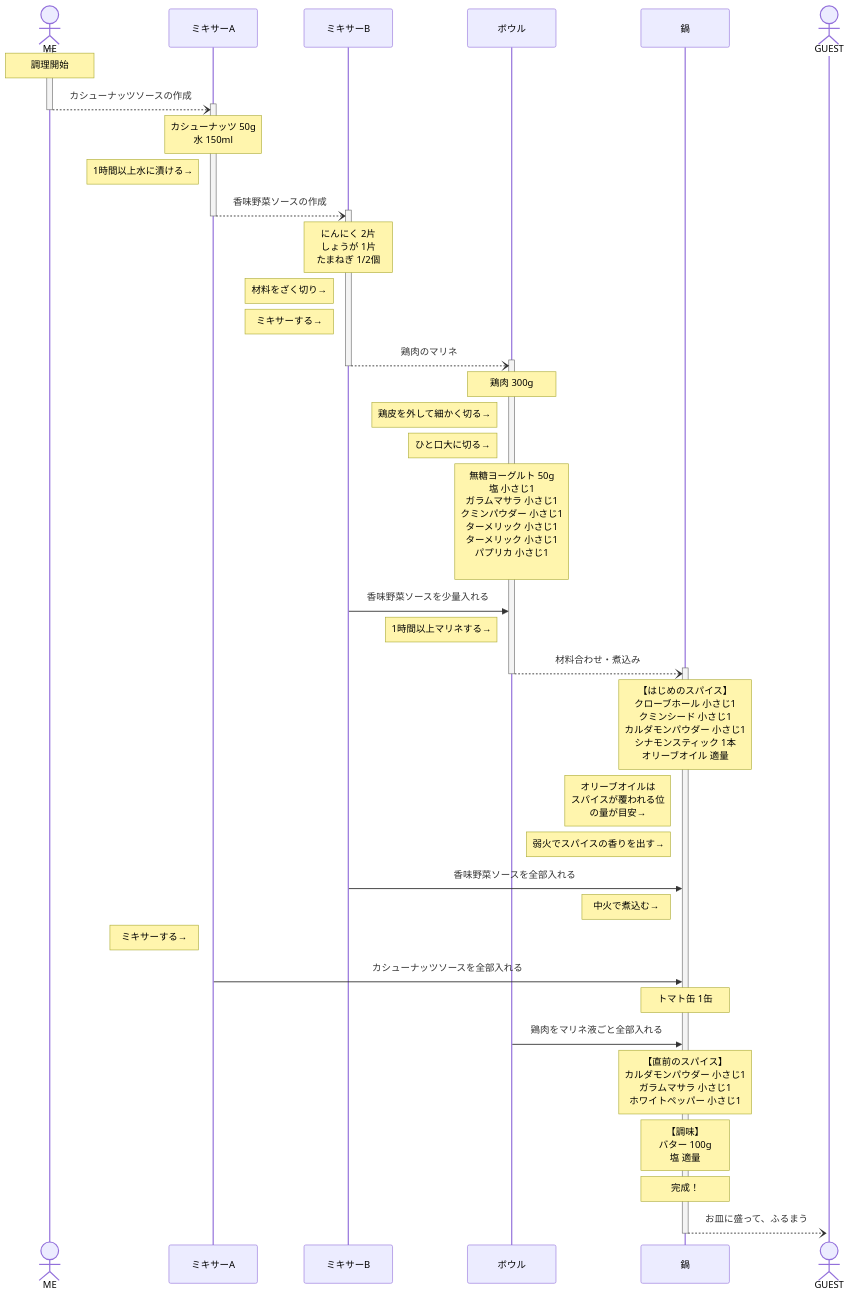
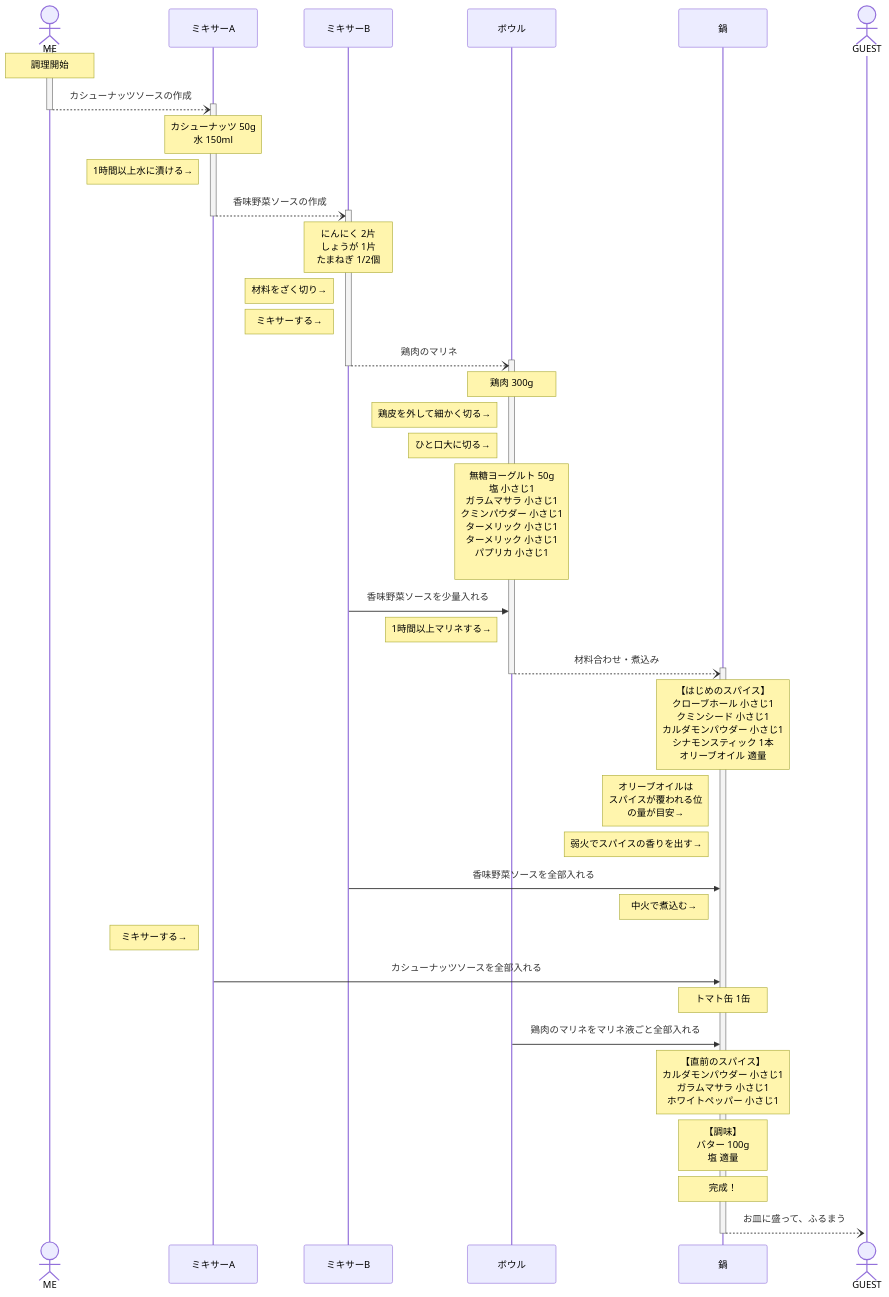
One commit to mittasoon/myrecipes changed the diagram in バターチキンカレー.md. Above: the diagram before and after it, drawn with Mermaid.

Commit message:
用語をちょっと修正

````diff
--- a/バターチキンカレー.md
+++ b/バターチキンカレー.md
@@ -1,45 +1,45 @@
 ```mermaid
 sequenceDiagram
     %% "KW" stands for "kitchenware"
     actor ME
     participant ミキサーA
     participant ミキサーB
     participant ボウル
     participant 鍋
     actor GUEST
     activate ME
     Note over ME:調理開始
     ME--)+ミキサーA:カシューナッツソースの作成
     deactivate ME
     Note over ミキサーA:カシューナッツ 50g<br/>水 150ml
     Note left of ミキサーA:1時間以上水に漬ける→
     ミキサーA--)+ミキサーB:香味野菜ソースの作成
     deactivate ミキサーA
     Note over ミキサーB:にんにく 2片<br/>しょうが 1片<br/>たまねぎ 1/2個
     Note left of ミキサーB:材料をざく切り→
     Note left of ミキサーB:ミキサーする→
     ミキサーB--)+ボウル:鶏肉のマリネ
     deactivate ミキサーB
     Note over ボウル:鶏肉 300g
     Note left of ボウル:鶏皮を外して細かく切る→
     Note left of ボウル:ひと口大に切る→
     Note over ボウル:無糖ヨーグルト 50g<br/>塩 小さじ1<br/>ガラムマサラ 小さじ1<br/>クミンパウダー 小さじ1<br/>ターメリック 小さじ1<br/>ターメリック 小さじ1<br/>パプリカ 小さじ1<br/>
     ミキサーB->>ボウル:香味野菜ソースを少量入れる
     Note left of ボウル:1時間以上マリネする→
     ボウル--)+鍋:材料合わせ・煮込み
     deactivate ボウル
     Note over 鍋:【はじめのスパイス】<br/>クローブホール 小さじ1<br/>クミンシード 小さじ1<br/>カルダモンパウダー 小さじ1<br/>シナモンスティック 1本<br/>オリーブオイル 適量
     Note left of 鍋:オリーブオイルは<br/>スパイスが覆われる位<br/>の量が目安→
     Note left of 鍋:弱火でスパイスの香りを出す→
     ミキサーB->>鍋:香味野菜ソースを全部入れる
     Note left of 鍋:中火で煮込む→
     Note left of ミキサーA:ミキサーする→
     ミキサーA->>鍋:カシューナッツソースを全部入れる
     Note over 鍋:トマト缶 1缶
-    ボウル->>鍋:鶏肉をマリネ液ごと全部入れる
+    ボウル->>鍋:鶏肉のマリネをマリネ液ごと全部入れる
     Note over 鍋:【直前のスパイス】<br/>カルダモンパウダー 小さじ1<br/>ガラムマサラ 小さじ1<br/>ホワイトペッパー 小さじ1
     Note over 鍋:【調味】<br/>バター 100g<br/>塩 適量
     Note over 鍋:完成！
     鍋--)+GUEST:お皿に盛って、ふるまう
     deactivate 鍋
 ```
````
